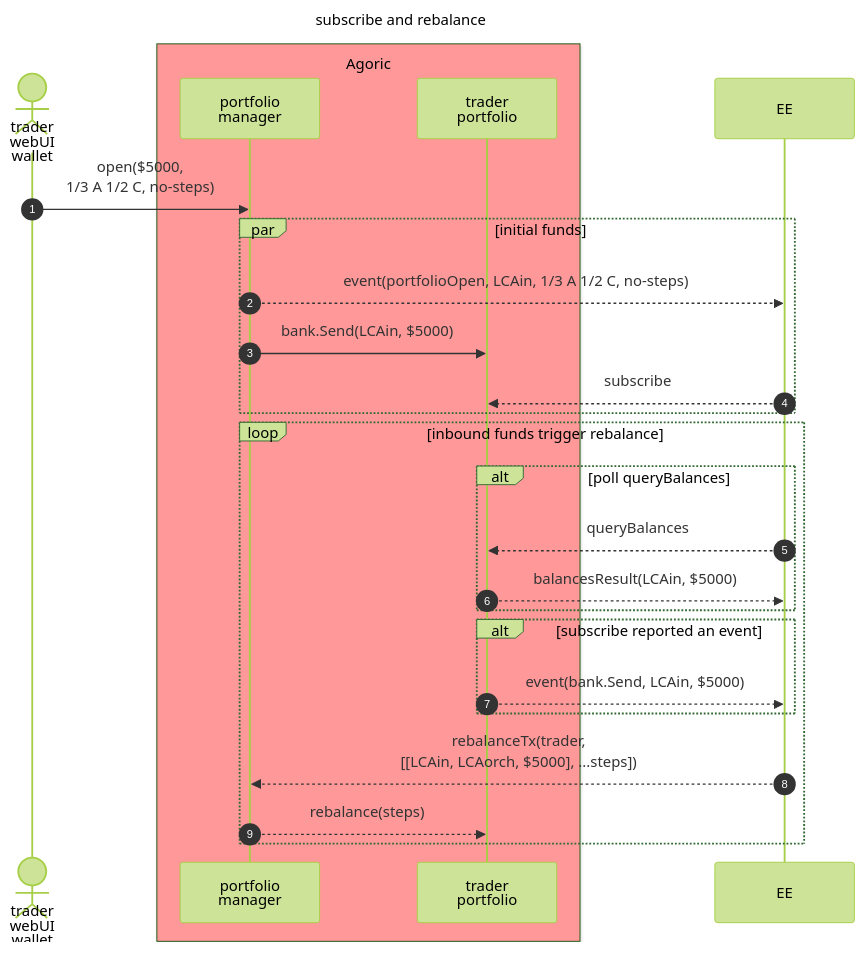
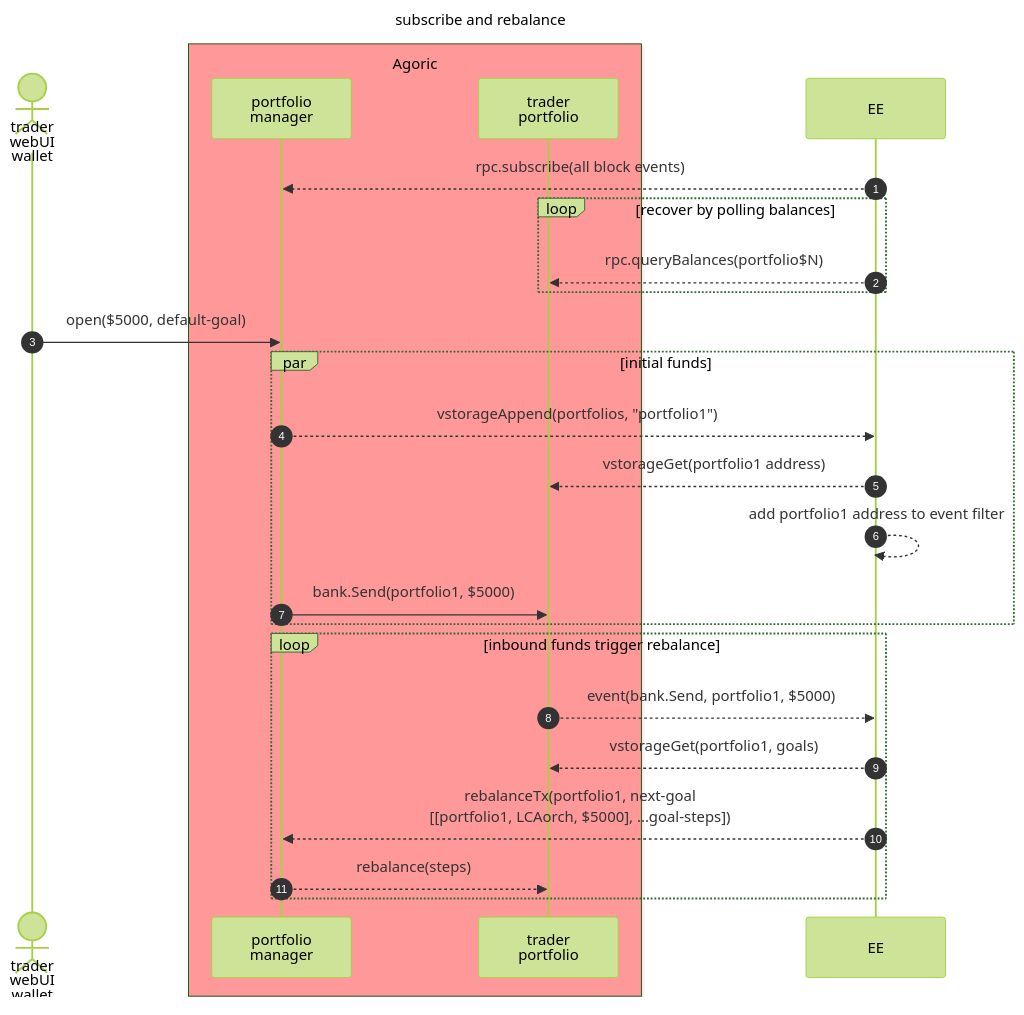
Before and after one commit to Agoric/agoric-sdk: the diagram in packages/portfolio-planner/README.md, drawn with Mermaid (forest theme).

Commit message:
docs(portfolio-planner): update `README.md` sequence diagram

````diff
--- a/packages/portfolio-planner/README.md
+++ b/packages/portfolio-planner/README.md
@@ -5,34 +5,34 @@
 ```mermaid
 sequenceDiagram
   title subscribe and rebalance
   autonumber
 
   actor trader as trader<br/>webUI<br/>wallet
 
   box rgb(255,153,153) Agoric
-    participant portfolio as portfolio<br/>manager
-    participant LCAin as trader<br/>portfolio
+    participant manager as portfolio<br/>manager
+    participant portfolio as trader<br/>portfolio
   end
 
   participant EE
+  EE -->> manager: rpc.subscribe(all block events)
+  loop recover by polling balances
+    EE -->> portfolio: rpc.queryBalances(portfolio$N)
+  end
 
   %% Notation: ->> for initial message, -->> for consequences
 
-  trader ->> portfolio: open($5000, <br />1/3 A 1/2 C, no-steps)
+  trader ->> manager: open($5000, default-goal)
   par initial funds
-    portfolio -->> EE: event(portfolioOpen, LCAin, 1/3 A 1/2 C, no-steps)
-    portfolio ->> LCAin: bank.Send(LCAin, $5000)
-    EE -->> LCAin: subscribe
+    manager -->> EE: vstorageAppend(portfolios, "portfolio1")
+    EE -->> portfolio: vstorageGet(portfolio1 address)
+    EE -->> EE: add portfolio1 address to event filter
+    manager ->> portfolio: bank.Send(portfolio1, $5000)
   end
   loop inbound funds trigger rebalance
-    alt poll queryBalances
-      EE -->> LCAin: queryBalances
-      LCAin -->> EE: balancesResult(LCAin, $5000)
-    end
-    alt subscribe reported an event
-      LCAin -->> EE: event(bank.Send, LCAin, $5000)
-    end
-    EE -->> portfolio: rebalanceTx(trader,<br/> [[LCAin, LCAorch, $5000], ...steps])
-    portfolio -->> LCAin: rebalance(steps)
+    portfolio -->> EE: event(bank.Send, portfolio1, $5000)
+    EE -->> portfolio: vstorageGet(portfolio1, goals)
+    EE -->> manager: rebalanceTx(portfolio1, next-goal<br/> [[portfolio1, LCAorch, $5000], ...goal-steps])
+    manager -->> portfolio: rebalance(steps)
   end
 ```
````
